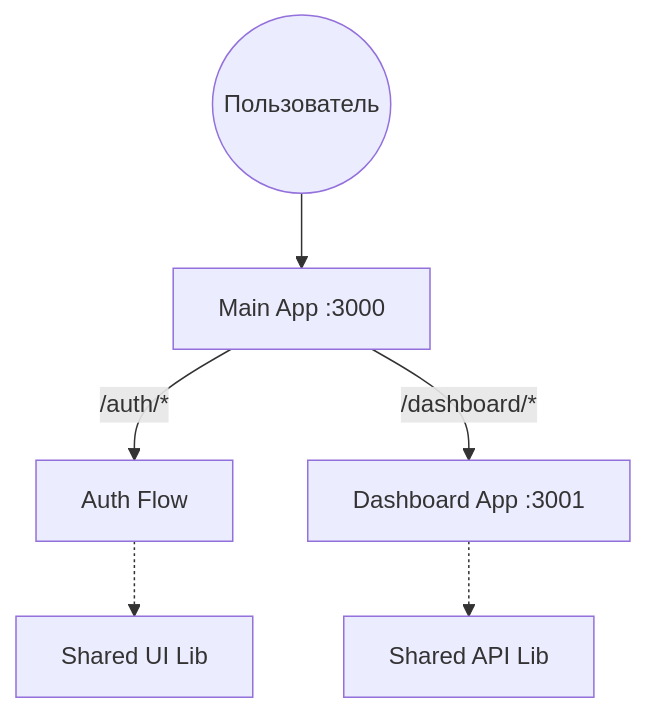
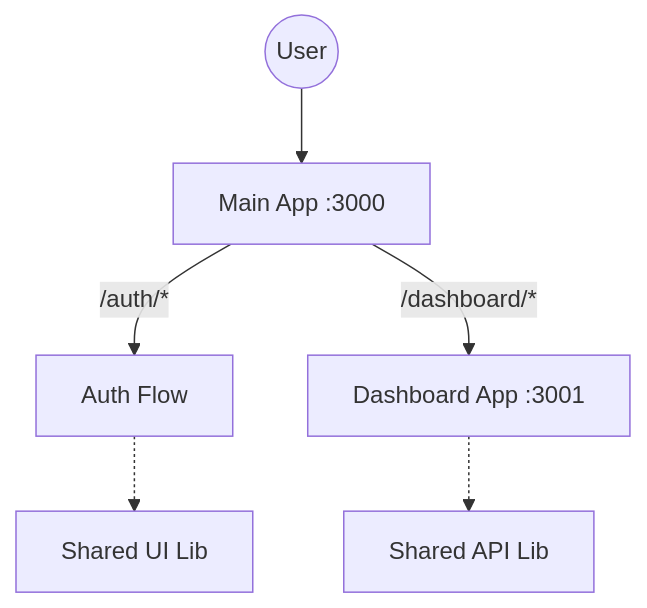
The diagram in docs/adr/001-multi-zones-architecture.md (rbikbov/frontend-engineer-challenge), drawn with Mermaid before and after one commit. The commit also changed other lines of this file and 5 other files, not shown here.

````diff
--- a/docs/adr/001-multi-zones-architecture.md
+++ b/docs/adr/001-multi-zones-architecture.md
@@ -27,8 +27,8 @@
 ```mermaid
 graph TD
-    User((Пользователь)) --> MainApp[Main App :3000]
+    User((User)) --> MainApp[Main App :3000]
     MainApp -- /auth/* --> AuthPages[Auth Flow]
     MainApp -- /dashboard/* --> DashboardZone[Dashboard App :3001]
     DashboardZone -.-> SharedAPI[Shared API Lib]
     AuthPages -.-> SharedUI[Shared UI Lib]
 ```
````
